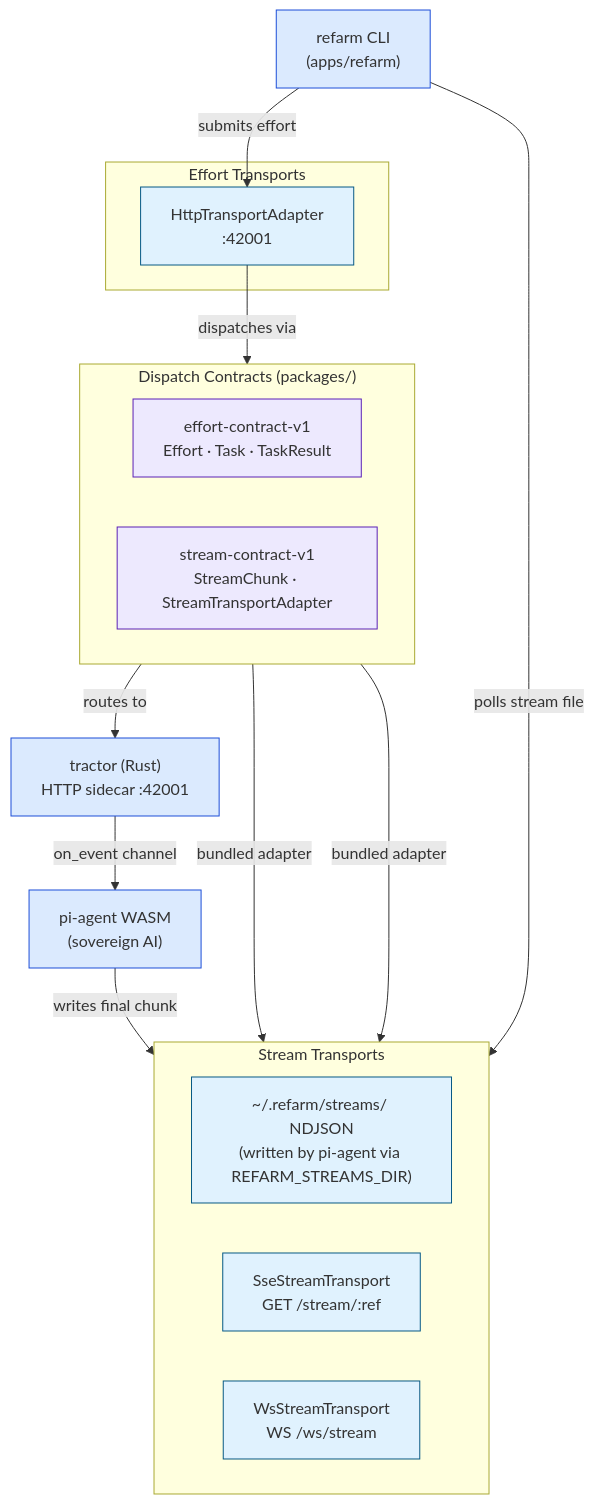
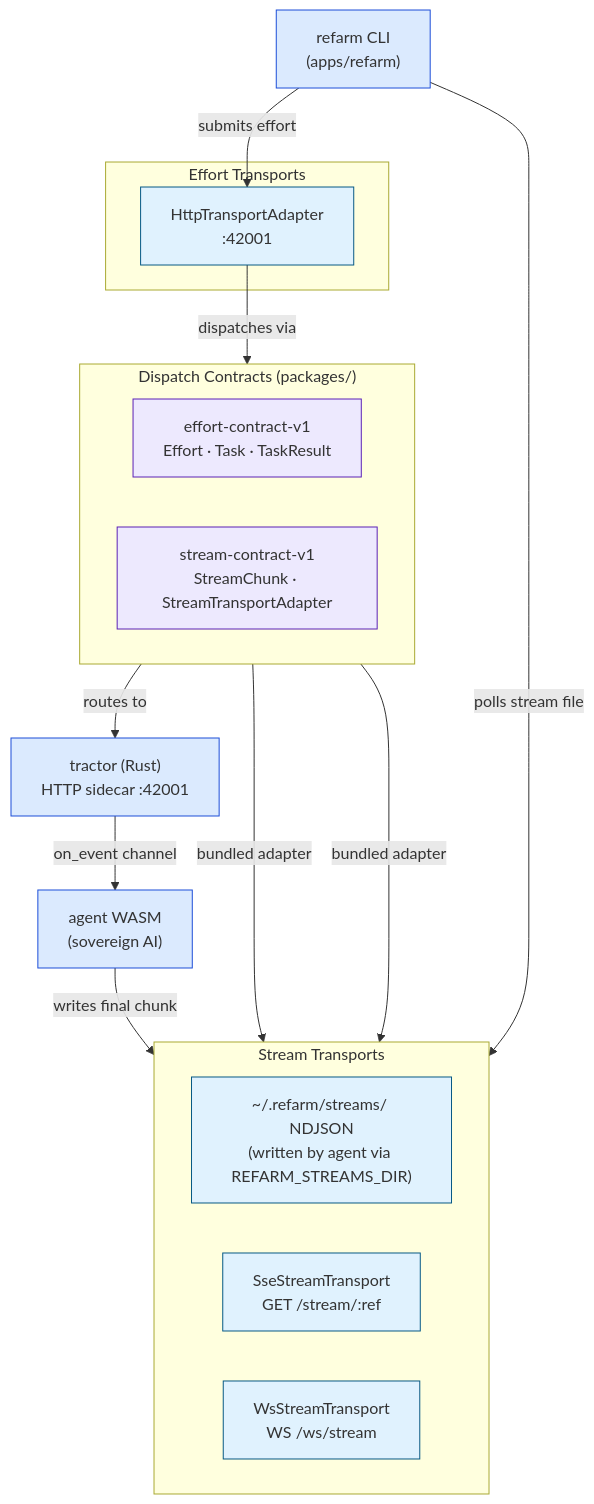
The diagram in docs/diagrams/layer-diagram--streams.mermaid (aretw0/refarm), drawn with Mermaid before and after one commit. The commit also changed 202 other files, not shown here.

```diff
--- a/docs/diagrams/layer-diagram--streams.mermaid
+++ b/docs/diagrams/layer-diagram--streams.mermaid
@@ -1,39 +1,39 @@
 graph TD
     RefarmCLI["refarm CLI\n(apps/refarm)"]
     TractorRS["tractor (Rust)\nHTTP sidecar :42001"]
-    PiAgent["pi-agent WASM\n(sovereign AI)"]
+    Agent["agent WASM\n(sovereign AI)"]
 
     subgraph Contracts ["Dispatch Contracts  (packages/)"]
         direction LR
         EffortV1["effort-contract-v1\nEffort · Task · TaskResult"]
         StreamV1["stream-contract-v1\nStreamChunk · StreamTransportAdapter"]
     end
 
     subgraph EffortAdapters ["Effort Transports"]
         HttpAdapt["HttpTransportAdapter\n:42001"]
     end
 
     subgraph StreamAdapters ["Stream Transports"]
         direction LR
-        FileStream["~/.refarm/streams/ NDJSON\n(written by pi-agent via REFARM_STREAMS_DIR)"]
+        FileStream["~/.refarm/streams/ NDJSON\n(written by agent via REFARM_STREAMS_DIR)"]
         SSEStream["SseStreamTransport\nGET /stream/:ref"]
         WSStream["WsStreamTransport\nWS /ws/stream"]
     end
 
     RefarmCLI -->|"submits effort"| HttpAdapt
     HttpAdapt -->|"dispatches via"| EffortV1
     EffortV1 -->|"routes to"| TractorRS
-    TractorRS -->|"on_event channel"| PiAgent
-    PiAgent -->|"writes final chunk"| FileStream
+    TractorRS -->|"on_event channel"| Agent
+    Agent -->|"writes final chunk"| FileStream
     RefarmCLI -->|"polls stream file"| FileStream
 
     StreamV1 -->|"bundled adapter"| SSEStream
     StreamV1 -->|"bundled adapter"| WSStream
 
     classDef app      fill:#dbeafe,stroke:#1d4ed8,stroke-width:1px;
     classDef contract fill:#ede9fe,stroke:#5b21b6,stroke-width:1px;
     classDef transport fill:#e0f2fe,stroke:#075985,stroke-width:1px;
 
-    class RefarmCLI,TractorRS,PiAgent app;
+    class RefarmCLI,TractorRS,Agent app;
     class EffortV1,StreamV1 contract;
     class HttpAdapt,FileStream,SSEStream,WSStream transport;
```
